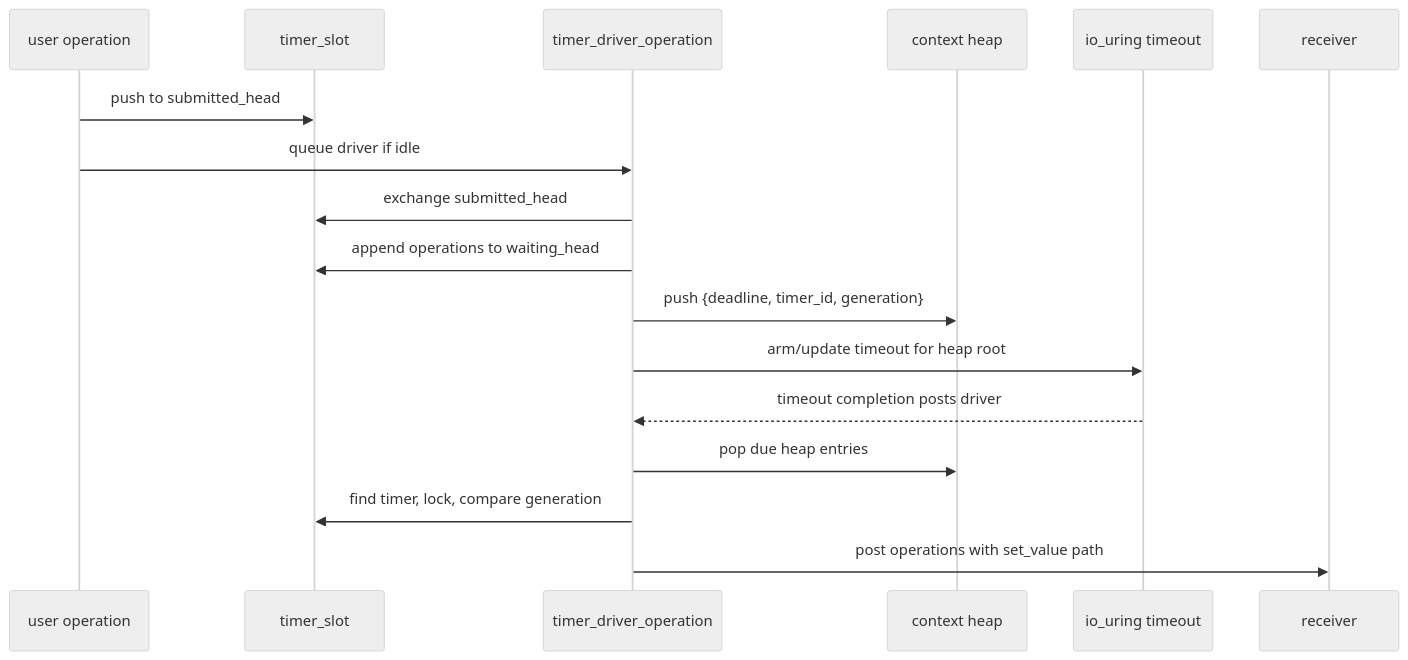
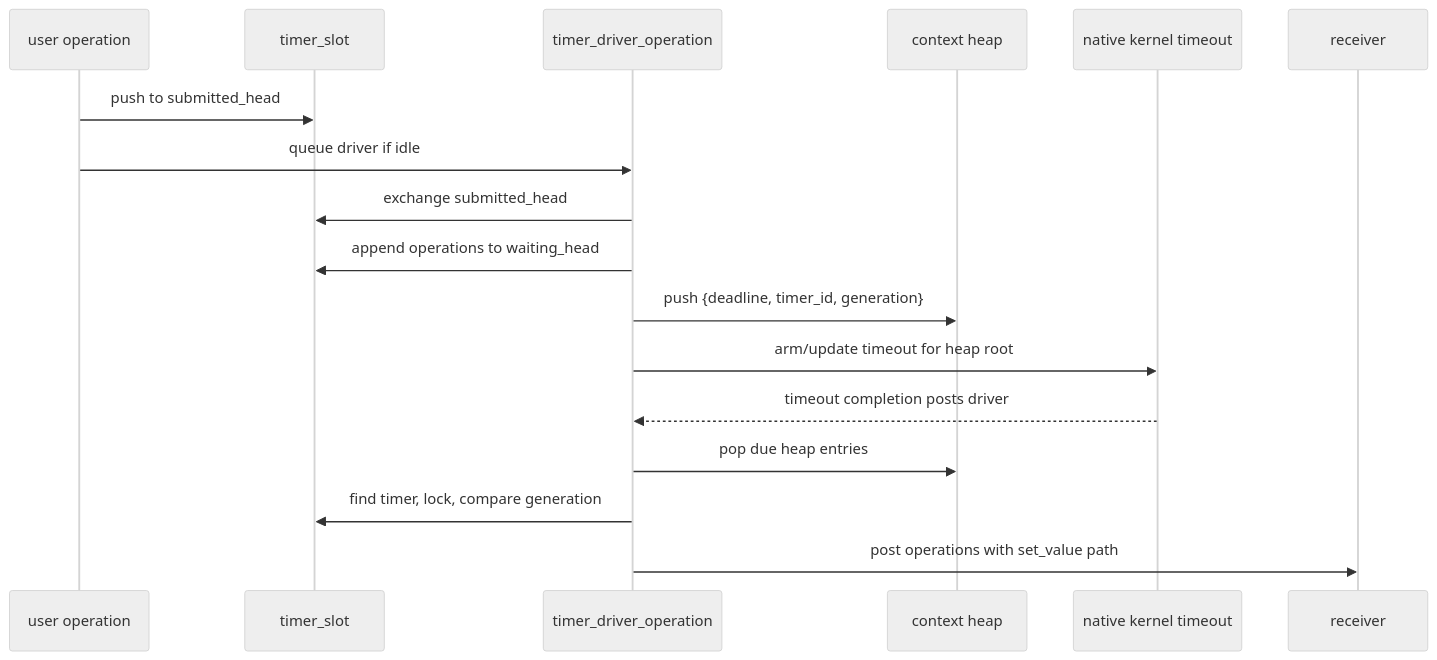
The first of 3 diagrams in docs/design/timer.md (haomingbai/bnio), drawn with Mermaid (neutral theme) before and after one commit. The commit also changed other lines of this file and 75 other files, not shown here.

````diff
--- a/docs/design/timer.md
+++ b/docs/design/timer.md
@@ -120,20 +121,20 @@
 ```mermaid
 sequenceDiagram
     participant U as user operation
     participant T as timer_slot
     participant D as timer_driver_operation
     participant H as context heap
-    participant K as io_uring timeout
+    participant K as native kernel timeout
     participant R as receiver
 
     U->>T: push to submitted_head
     U->>D: queue driver if idle
     D->>T: exchange submitted_head
     D->>T: append operations to waiting_head
     D->>H: push {deadline, timer_id, generation}
     D->>K: arm/update timeout for heap root
     K-->>D: timeout completion posts driver
     D->>H: pop due heap entries
     D->>T: find timer, lock, compare generation
     D->>R: post operations with set_value path
 ```
````
